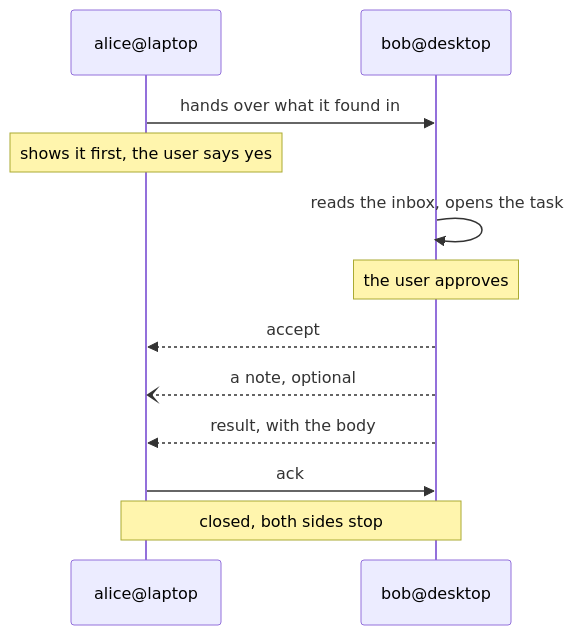
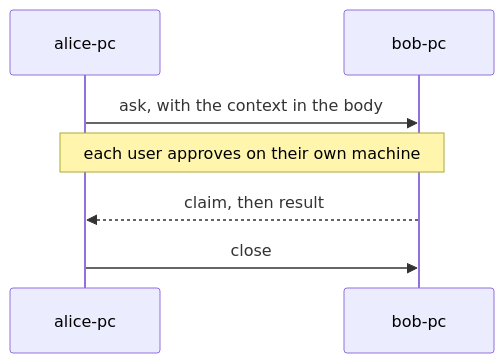
The diagram in README.md (cruizba/slack-browser-mcp), drawn with Mermaid before and after one commit. The commit also changed other lines of this file and 32 other files, not shown here.

````diff
--- a/README.md
+++ b/README.md
@@ -133,14 +132,9 @@
 ```mermaid
 sequenceDiagram
-    participant A as alice@laptop
-    participant B as bob@desktop
-    A->>B: hands over what it found in #incident
-    Note over A: shows it first, the user says yes
-    B->>B: reads the inbox, opens the task
-    Note over B: the user approves
-    B-->>A: accept
-    B--)A: a note, optional
-    B-->>A: result, with the body
-    A->>B: ack
-    Note over A,B: closed, both sides stop
+    participant A as alice-pc
+    participant B as bob-pc
+    A->>B: ask, with the context in the body
+    Note over A,B: each user approves on their own machine
+    B-->>A: claim, then result
+    A->>B: close
 ```
````
